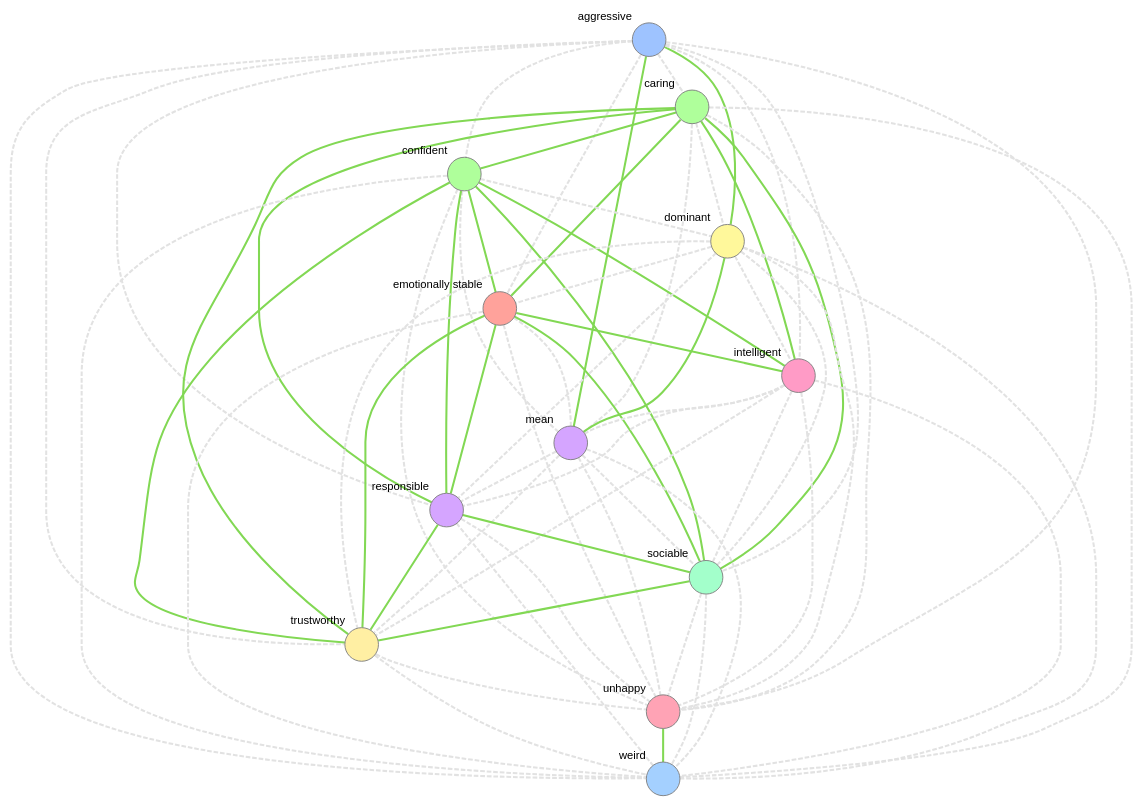
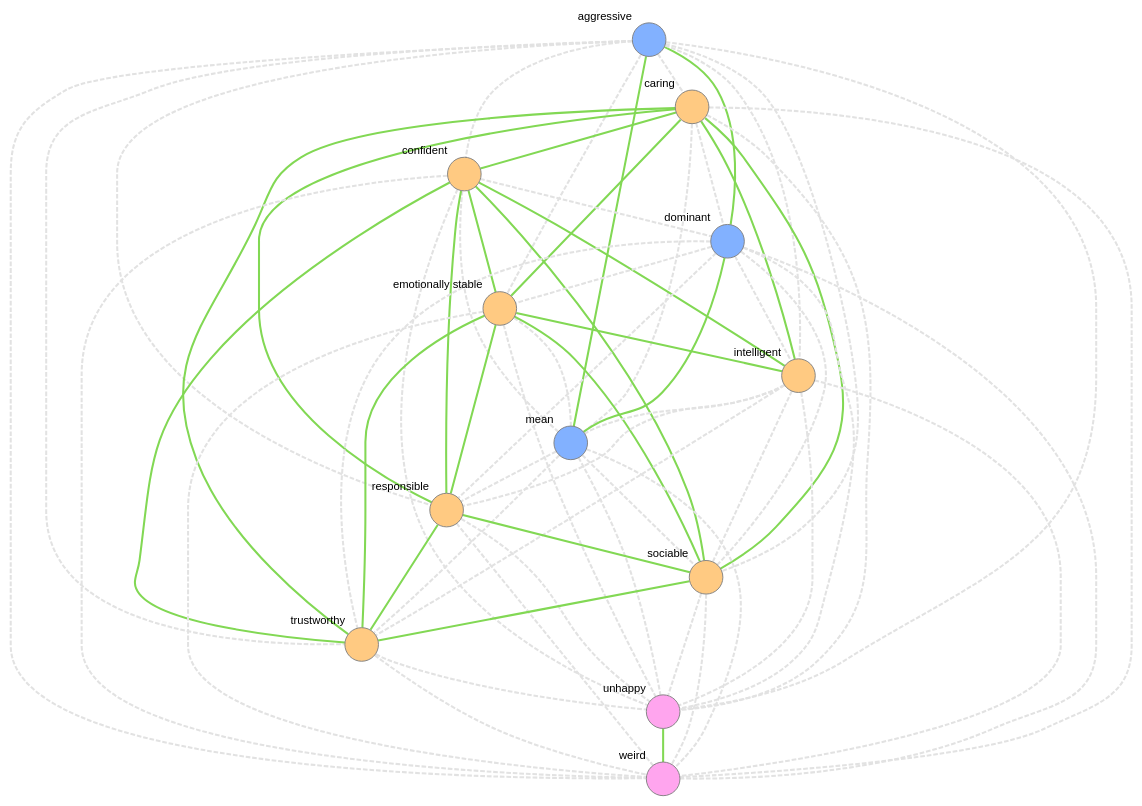
Before and after one commit to jahchwe/NN_code: the diagram in figures/dotfiles/clustering_subjectiveDM.dot, drawn with Graphviz. The commit also changed 4 other files, not shown here.

```diff
--- a/figures/dotfiles/clustering_subjectiveDM.dot
+++ b/figures/dotfiles/clustering_subjectiveDM.dot
@@ -1,86 +1,85 @@
 strict graph "" {
   graph [
     overlap=false outputorder=edgesfirst];
   node [shape="circle" style=filled color="gray" fixedsize=true size=4000 label="" fontname=Arial fontsize=12 labeljust="r"];
   edge [style="dashed" color="#e2e2e2" penwidth=2.2]
-  aggressive [fillcolor="#9ec3ff" xlabel="aggressive"];
-  caring [fillcolor="#afff9b" xlabel="caring"];
-  confident [fillcolor="#afff9b" xlabel="confident"];
-  dominant [fillcolor="#fff89b" xlabel="dominant"];
-  "emotionally stable" [fillcolor="#ffa29b" xlabel="emotionally stable"];
-  intelligent [fillcolor="#ff9bc6" xlabel="intelligent"];
-  mean [fillcolor="#d5a5ff" xlabel="mean"];
-  responsible [fillcolor="#d5a5ff" xlabel="responsible"];
-  weird [fillcolor="#a4d0ff" xlabel="weird"];
-  sociable [fillcolor="#a3ffcb" xlabel="sociable"];
-  trustworthy [fillcolor="#ffefa3" xlabel="trustworthy"];
-  unhappy [fillcolor="#ffa3b5" xlabel="unhappy"];
-
+  aggressive [fillcolor="#82b1ff" xlabel="aggressive"];
+  caring [fillcolor="#ffca82" xlabel="caring"];
+  confident [fillcolor="#ffca82" xlabel="confident"];
+  dominant [fillcolor="#82b1ff" xlabel="dominant"];
+  "emotionally stable" [fillcolor="#ffca82" xlabel="emotionally stable"];
+  intelligent [fillcolor="#ffca82" xlabel="intelligent"];
+  mean [fillcolor="#82b1ff" xlabel="mean"];
+  responsible [fillcolor="#ffca82" xlabel="responsible"];
+  weird [fillcolor="#ffa5ee" xlabel="weird"];
+  sociable [fillcolor="#ffca82" xlabel="sociable"];
+  trustworthy [fillcolor="#ffca82" xlabel="trustworthy"];
+  unhappy [fillcolor="#ffa5ee" xlabel="unhappy"];
 
   aggressive -- caring   [len=5.38];
   aggressive -- confident  [len=3.35];
   aggressive -- dominant   [len=2.21 style="filled" color="#82d854"];
   aggressive -- "emotionally stable"   [len=5.05];
   aggressive -- intelligent  [len=4.12];
   aggressive -- mean   [len=2.3 style="filled" color="#82d854"];
   aggressive -- responsible  [len=4.52];
   aggressive -- sociable   [len=4.19];
   aggressive -- trustworthy  [len=4.84];
   aggressive -- unhappy  [len=3.16];
   aggressive -- weird  [len=4.25];
   caring -- confident  [len=3.07 style="filled" color="#82d854"];
   caring -- dominant   [len=4.58];
   caring -- "emotionally stable"   [len=2.49 style="filled" color="#82d854"];
   caring -- intelligent  [len=3.12 style="filled" color="#82d854"];
   caring -- mean   [len=5.95];
   caring -- responsible  [len=2.55 style="filled" color="#82d854"];
   caring -- sociable   [len=2.68 style="filled" color="#82d854"];
   caring -- trustworthy  [len=2.26 style="filled" color="#82d854"];
   caring -- unhappy  [len=4.57];
   caring -- weird  [len=3.74];
   confident -- dominant  [len=2.75];
   confident -- "emotionally stable"  [len=2.42 style="filled" color="#82d854"];
   confident -- intelligent   [len=2.77 style="filled" color="#82d854"];
   confident -- mean  [len=4.14];
   confident -- responsible   [len=2.76 style="filled" color="#82d854"];
   confident -- sociable  [len=2.26 style="filled" color="#82d854"];
   confident -- trustworthy   [len=2.88 style="filled" color="#82d854"];
   confident -- unhappy   [len=5.23];
   confident -- weird   [len=4.36];
   dominant -- "emotionally stable"   [len=3.88];
   dominant -- intelligent  [len=3.47];
   dominant -- mean   [len=2.81 style="filled" color="#82d854"];
   dominant -- responsible  [len=3.75];
   dominant -- sociable   [len=3.51];
   dominant -- trustworthy  [len=4.06];
   dominant -- unhappy  [len=4.28];
   dominant -- weird  [len=4.52];
   "emotionally stable" -- intelligent  [len=3.11 style="filled" color="#82d854"];
   "emotionally stable" -- mean   [len=5.17];
   "emotionally stable" -- responsible  [len=2.51 style="filled" color="#82d854"];
   "emotionally stable" -- sociable   [len=2.82 style="filled" color="#82d854"];
   "emotionally stable" -- trustworthy  [len=2.51 style="filled" color="#82d854"];
   "emotionally stable" -- unhappy  [len=5.28];
   "emotionally stable" -- weird  [len=4.32];
   intelligent -- mean  [len=4.25];
   intelligent -- responsible   [len=2.72];
   intelligent -- sociable  [len=3.32];
   intelligent -- trustworthy   [len=3.03];
   intelligent -- unhappy   [len=3.99];
   intelligent -- weird   [len=3.36];
   mean -- responsible  [len=4.75];
   mean -- sociable   [len=4.87];
   mean -- trustworthy  [len=5.31];
   mean -- unhappy  [len=2.77];
   mean -- weird  [len=4.35];
   responsible -- sociable  [len=3.17 style="filled" color="#82d854"];
   responsible -- trustworthy   [len=2.15 style="filled" color="#82d854"];
   responsible -- unhappy   [len=4.46];
   responsible -- weird   [len=4.11];
   sociable -- trustworthy  [len=3.06 style="filled" color="#82d854"];
   sociable -- unhappy  [len=5.05];
   sociable -- weird  [len=4.52];
   trustworthy -- unhappy   [len=4.49];
   trustworthy -- weird   [len=4.06];
   unhappy -- weird   [len=3.53 style="filled" color="#82d854"];
 }
```
